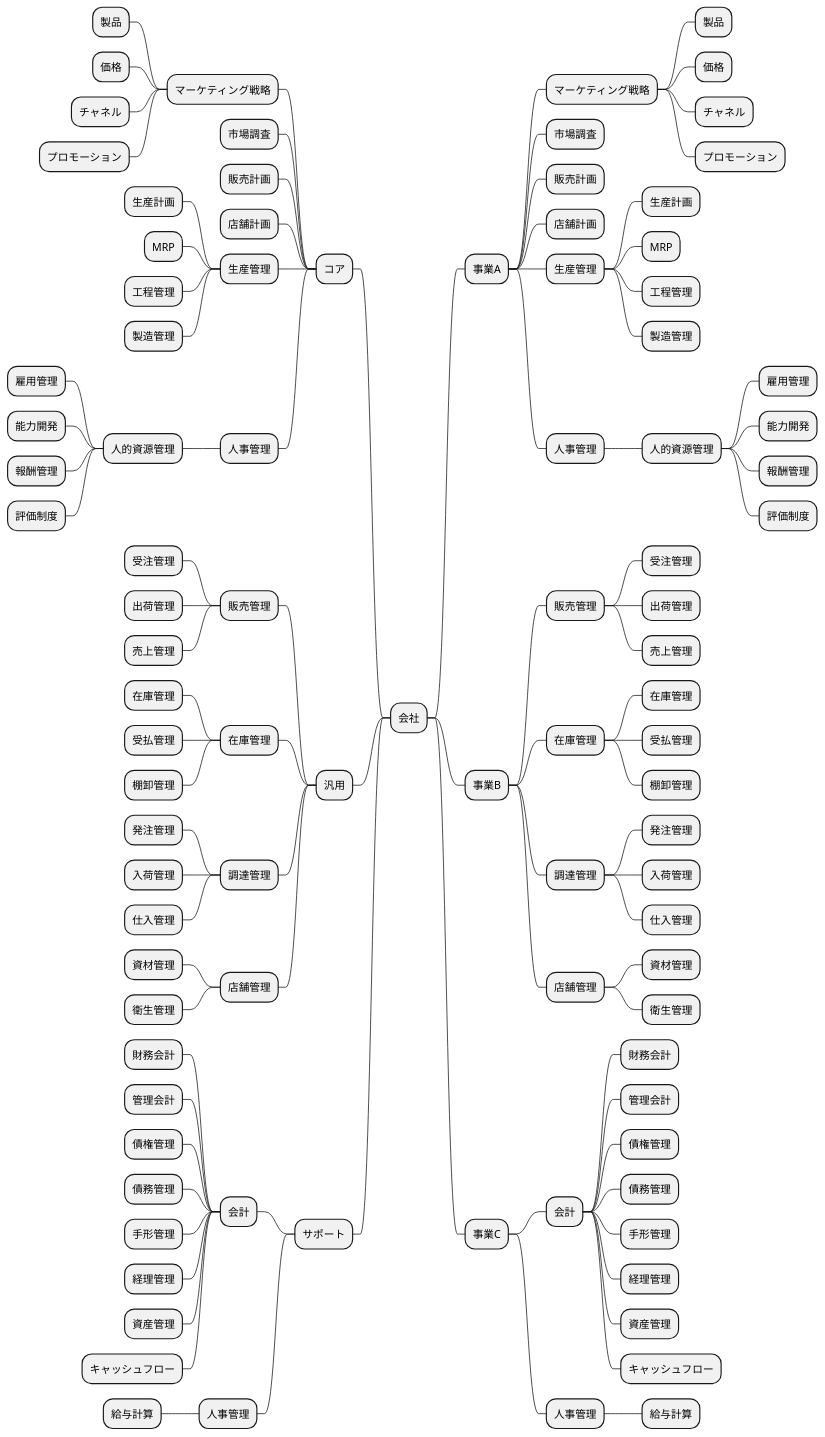
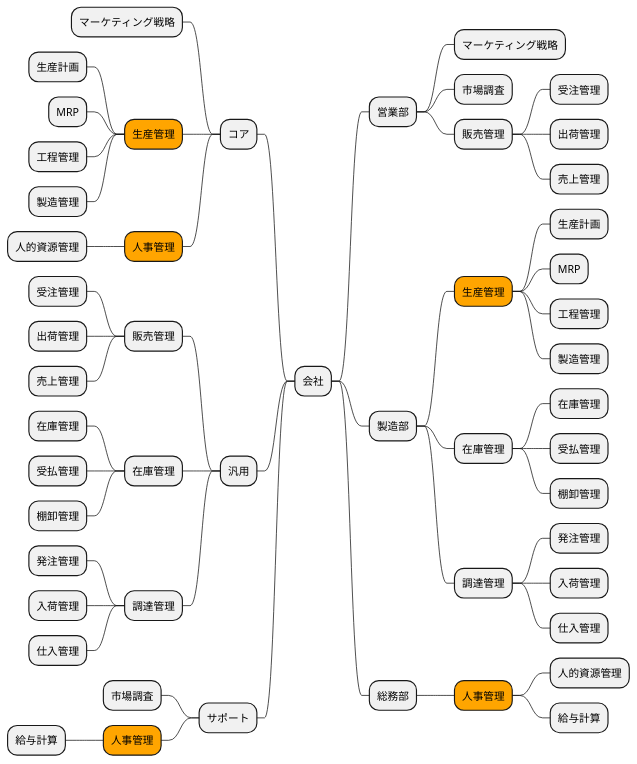
Before and after one commit to k2works/case-study-business-analysis: diagram 14 of 19 in docs/case/r02_case_3.adoc, drawn with PlantUML. The commit also changed other lines of this file, not shown here.

```diff
--- a/docs/case/r02_case_3.adoc
+++ b/docs/case/r02_case_3.adoc
@@ -924,31 +902,19 @@
 @startmindmap
 
 * 会社
-** 事業A
+** 営業部
 *** マーケティング戦略
-**** 製品
-**** 価格
-**** チャネル
-**** プロモーション
 *** 市場調査
-*** 販売計画
-*** 店舗計画
-*** 生産管理
+*** 販売管理
+**** 受注管理
+**** 出荷管理
+**** 売上管理
+** 製造部
+***[#orange] 生産管理
 **** 生産計画
 **** MRP
 **** 工程管理
 **** 製造管理
-*** 人事管理
-**** 人的資源管理
-***** 雇用管理
-***** 能力開発
-***** 報酬管理
-***** 評価制度
-** 事業B
-*** 販売管理
-**** 受注管理
-**** 出荷管理
-**** 売上管理
 *** 在庫管理
 **** 在庫管理
 **** 受払管理
@@ -957,42 +923,20 @@
 **** 発注管理
 **** 入荷管理
 **** 仕入管理
-*** 店舗管理
-**** 資材管理
-**** 衛生管理
-** 事業C
-*** 会計
-**** 財務会計
-**** 管理会計
-**** 債権管理
-**** 債務管理
-**** 手形管理
-**** 経理管理
-**** 資産管理
-**** キャッシュフロー
-*** 人事管理
+** 総務部
+***[#orange] 人事管理
+**** 人的資源管理
 **** 給与計算
 left side
 ** コア
 *** マーケティング戦略
-**** 製品
-**** 価格
-**** チャネル
-**** プロモーション
-*** 市場調査
-*** 販売計画
-*** 店舗計画
-*** 生産管理
+***[#orange] 生産管理
 **** 生産計画
 **** MRP
 **** 工程管理
 **** 製造管理
-*** 人事管理
+***[#orange] 人事管理
 **** 人的資源管理
-***** 雇用管理
-***** 能力開発
-***** 報酬管理
-***** 評価制度
 ** 汎用
 *** 販売管理
 **** 受注管理
@@ -1006,20 +950,9 @@
 **** 発注管理
 **** 入荷管理
 **** 仕入管理
-*** 店舗管理
-**** 資材管理
-**** 衛生管理
 ** サポート
-*** 会計
-**** 財務会計
-**** 管理会計
-**** 債権管理
-**** 債務管理
-**** 手形管理
-**** 経理管理
-**** 資産管理
-**** キャッシュフロー
-*** 人事管理
+*** 市場調査
+***[#orange] 人事管理
 **** 給与計算
 
 @endmindmap
```
